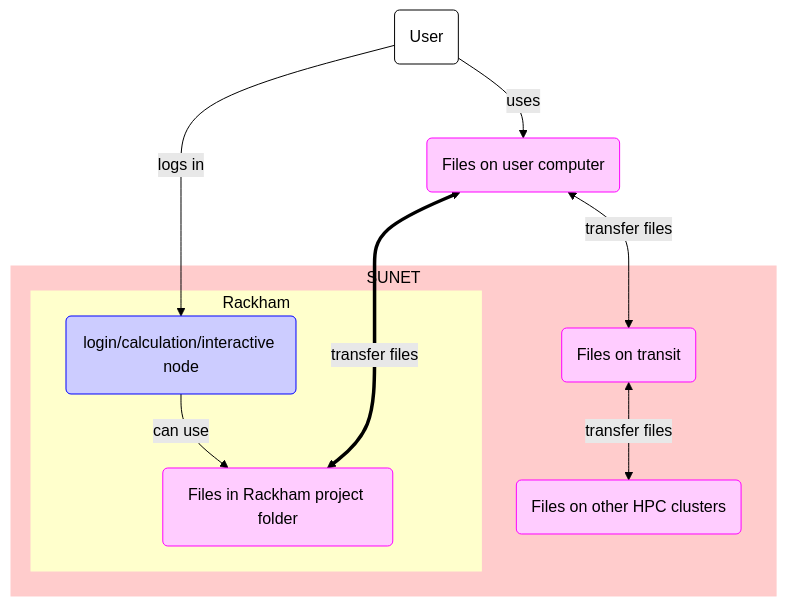
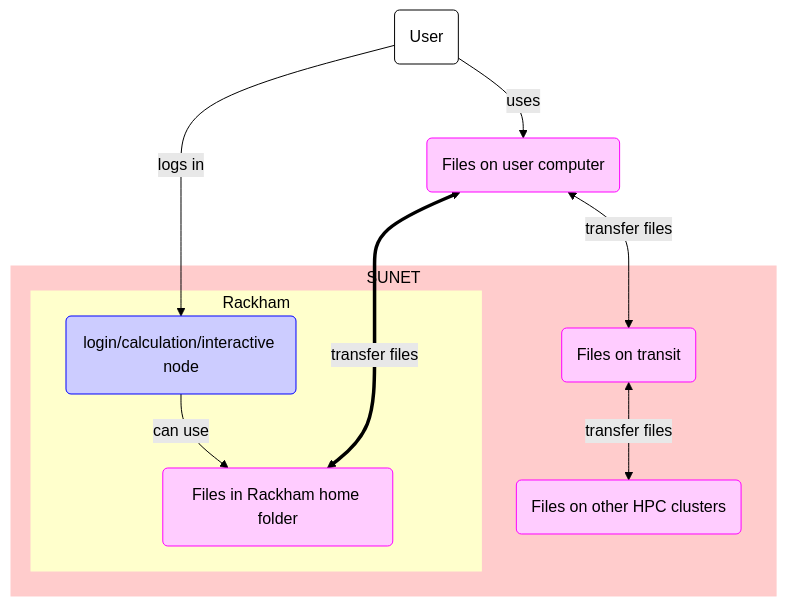
One commit to UPPMAX/UPPMAX-documentation changed the first of 2 diagrams in docs/cluster_guides/rackham_file_transfer_using_gui.md. Above: the diagram before and after it, drawn with Mermaid (forest theme). The commit also changed other lines of this file, not shown here.

Commit message:
Improve graph

````diff
--- a/docs/cluster_guides/rackham_file_transfer_using_gui.md
+++ b/docs/cluster_guides/rackham_file_transfer_using_gui.md
@@ -16,34 +16,34 @@
 ```mermaid
 flowchart TD
 
     %% Give a white background to all nodes, instead of a transparent one
     classDef node fill:#fff,color:#000,stroke:#000
 
     %% Graph nodes for files and calculations
     classDef file_node fill:#fcf,color:#000,stroke:#f0f
     classDef calculation_node fill:#ccf,color:#000,stroke:#00f
 
     user(User)
       user_local_files(Files on user computer):::file_node
 
     subgraph sub_inside[SUNET]
       subgraph sub_rackham_shared_env[Rackham]
           login_node(login/calculation/interactive node):::calculation_node
-          files_in_rackham_project(Files in Rackham project folder):::file_node
+          files_in_rackham_home(Files in Rackham home folder):::file_node
       end
       files_on_transit(Files on transit):::file_node
       files_on_other_clusters(Files on other HPC clusters):::file_node
     end
 
     %% Shared subgraph color scheme
     %% style sub_outside fill:#ccc,color:#000,stroke:#ccc
     style sub_inside fill:#fcc,color:#000,stroke:#fcc
     style sub_rackham_shared_env fill:#ffc,color:#000,stroke:#ffc
 
     user --> |logs in |login_node
     user --> |uses| user_local_files
     user_local_files <--> |transfer files|files_on_transit
     files_on_transit <--> |transfer files|files_on_other_clusters
-    login_node --> |can use|files_in_rackham_project
-    user_local_files <==> |transfer files|files_in_rackham_project
+    login_node --> |can use|files_in_rackham_home
+    user_local_files <==> |transfer files|files_in_rackham_home
 ```
````
